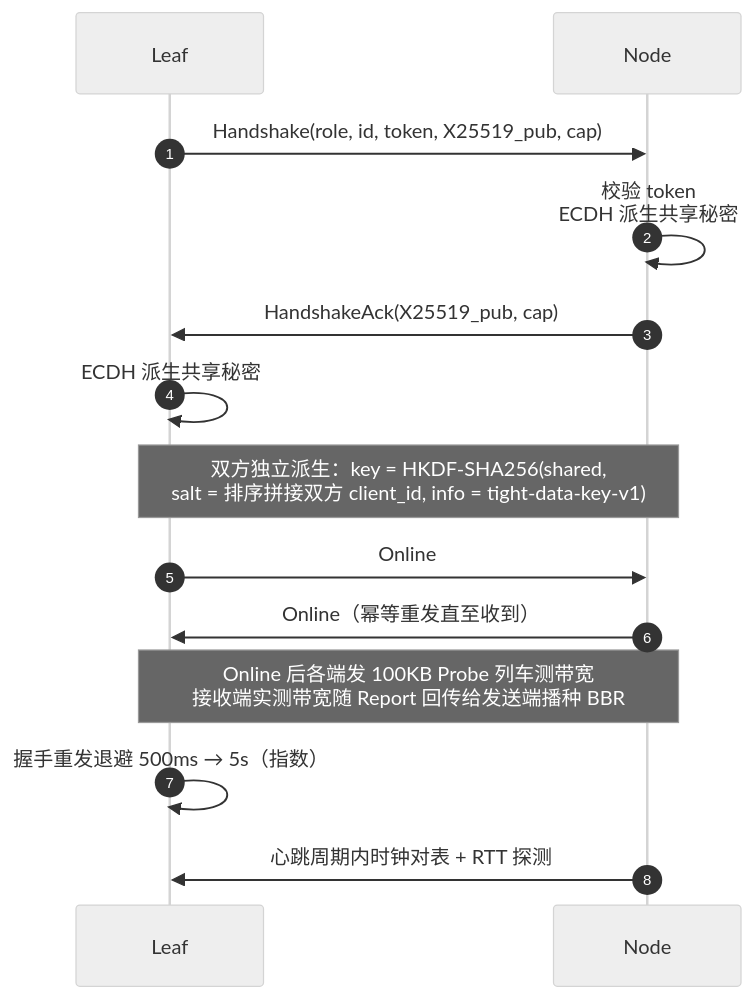
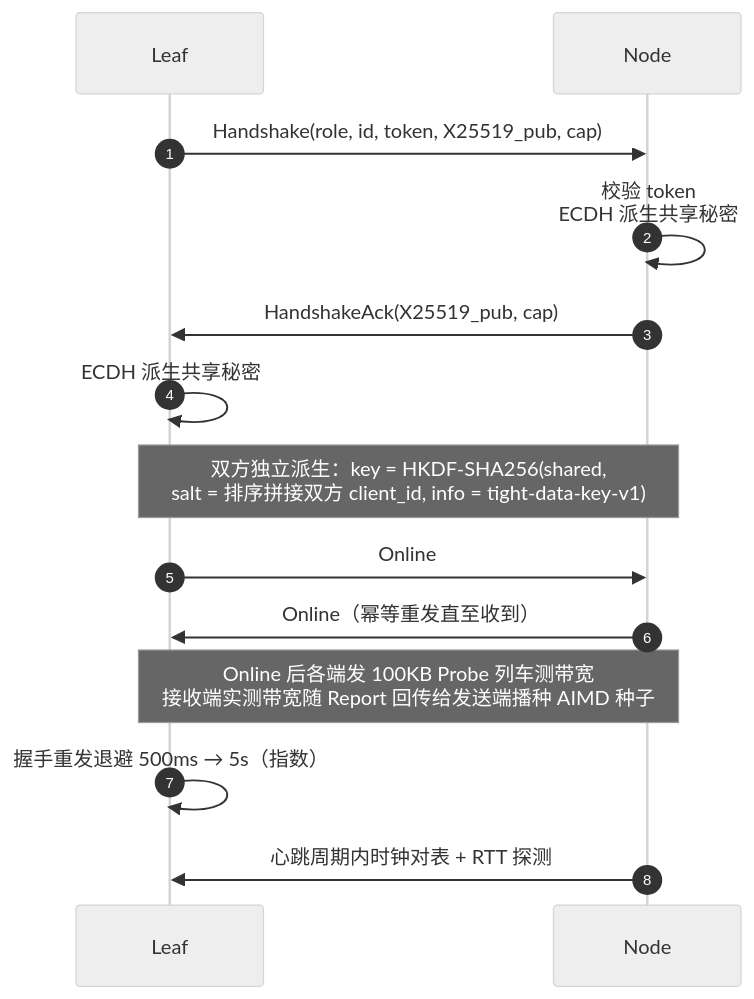
One commit to arrayforward/tight changed the fourth of 13 diagrams in docs/tight_design.md. Above: the diagram before and after it, drawn with Mermaid (neutral theme). The commit also changed other lines of this file and 17 other files, not shown here.

````diff
--- a/docs/tight_design.md
+++ b/docs/tight_design.md
@@ -174,16 +174,16 @@
 ```mermaid
 sequenceDiagram
     autonumber
     participant L as Leaf
     participant N as Node
     L->>N: Handshake(role, id, token, X25519_pub, cap)
     N->>N: 校验 token<br/>ECDH 派生共享秘密
     N->>L: HandshakeAck(X25519_pub, cap)
     L->>L: ECDH 派生共享秘密
     Note over L,N: 双方独立派生：key = HKDF-SHA256(shared,<br/>salt = 排序拼接双方 client_id, info = tight-data-key-v1)
     L->>N: Online
     N->>L: Online（幂等重发直至收到）
-    Note over L,N: Online 后各端发 100KB Probe 列车测带宽<br/>接收端实测带宽随 Report 回传给发送端播种 BBR
+    Note over L,N: Online 后各端发 100KB Probe 列车测带宽<br/>接收端实测带宽随 Report 回传给发送端播种 AIMD 种子
     L->>L: 握手重发退避 500ms → 5s（指数）
     N->>L: 心跳周期内时钟对表 + RTT 探测
 ```
````
